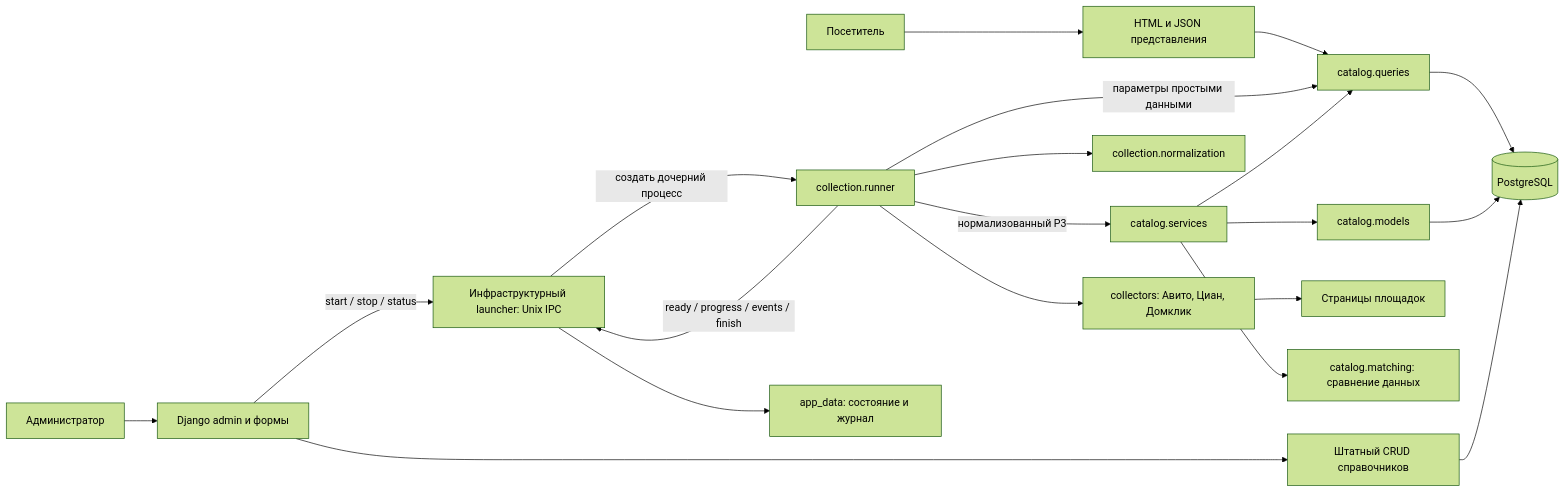
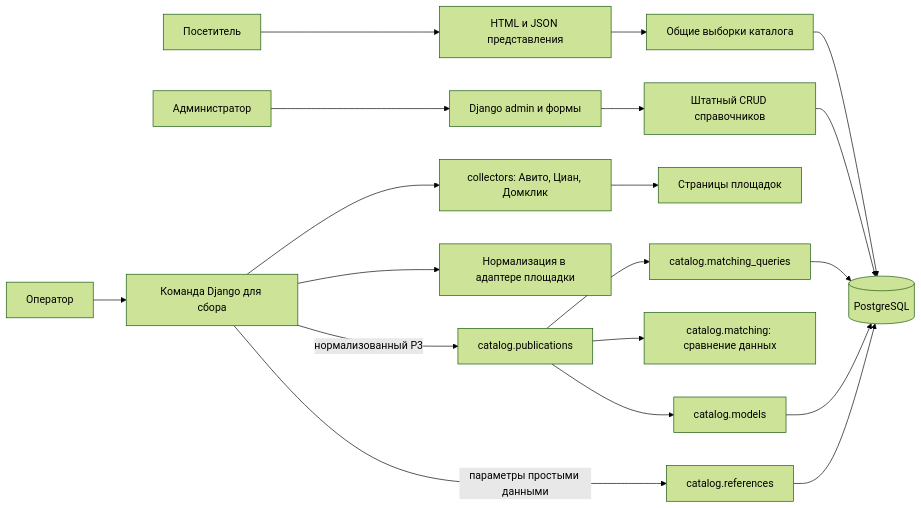
The first of 5 diagrams in bachelor-thesis/CONSOLIDATED-DESIGN-9.md (ozcnii/nir), drawn with Mermaid (forest theme) before and after one commit. The commit also changed other lines of this file and 155 other files, not shown here.

Commit message:
Simplify collection runtime and catalog workflow

````diff
--- a/bachelor-thesis/CONSOLIDATED-DESIGN-9.md
+++ b/bachelor-thesis/CONSOLIDATED-DESIGN-9.md
@@ -37,22 +37,21 @@
 ```mermaid
 flowchart LR
     Visitor[Посетитель] --> Views[HTML и JSON представления]
     Admin[Администратор] --> AdminUI[Django admin и формы]
-    Views --> Queries[catalog.queries]
-    AdminUI -->|start / stop / status| Launcher[Инфраструктурный launcher: Unix IPC]
-    Launcher -->|создать дочерний процесс| Runner[collection.runner]
-    Runner -->|ready / progress / events / finish| Launcher
-    Launcher --> State[app_data: состояние и журнал]
+    Views --> Queries[Общие выборки каталога]
+    Operator[Оператор] --> Collect[Команда Django для сбора]
     AdminUI --> Directories[Штатный CRUD справочников]
-    Runner --> Collectors[collectors: Авито, Циан, Домклик]
+    Collect --> Collectors[collectors: Авито, Циан, Домклик]
     Collectors --> Sites[Страницы площадок]
-    Runner --> Norm[collection.normalization]
-    Runner -->|нормализованный P3| Services[catalog.services]
-    Runner -->|параметры простыми данными| Queries
-    Services --> Queries
+    Collect --> Norm[Нормализация в адаптере площадки]
+    Collect -->|нормализованный P3| Services[catalog.publications]
+    Collect -->|параметры простыми данными| References[catalog.references]
+    Services --> Candidates[catalog.matching_queries]
     Services --> Matching[catalog.matching: сравнение данных]
     Services --> Models[catalog.models]
     Queries --> DB[(PostgreSQL)]
+    Candidates --> DB
+    References --> DB
     Models --> DB
     Directories --> DB
 ```
````
